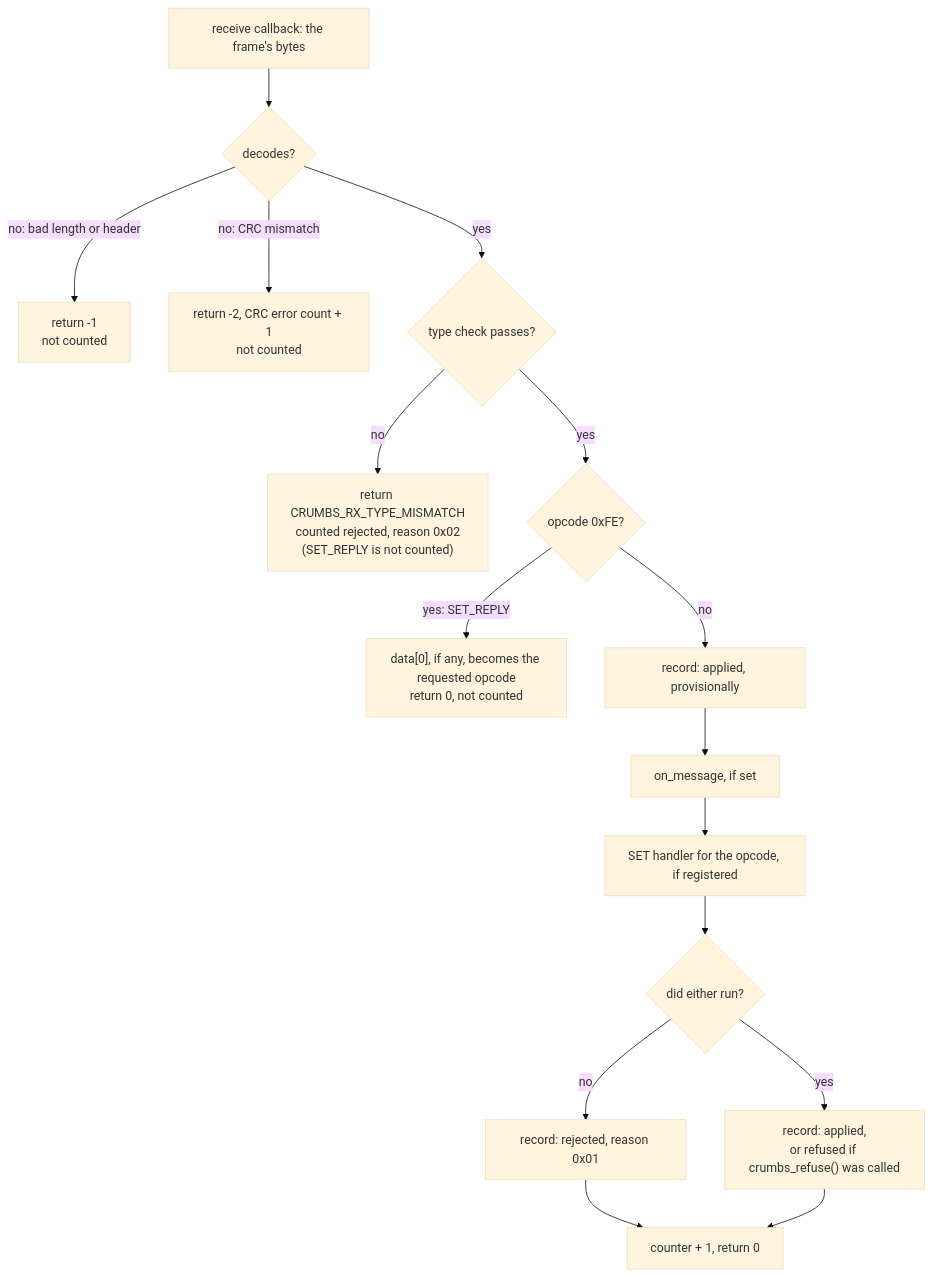
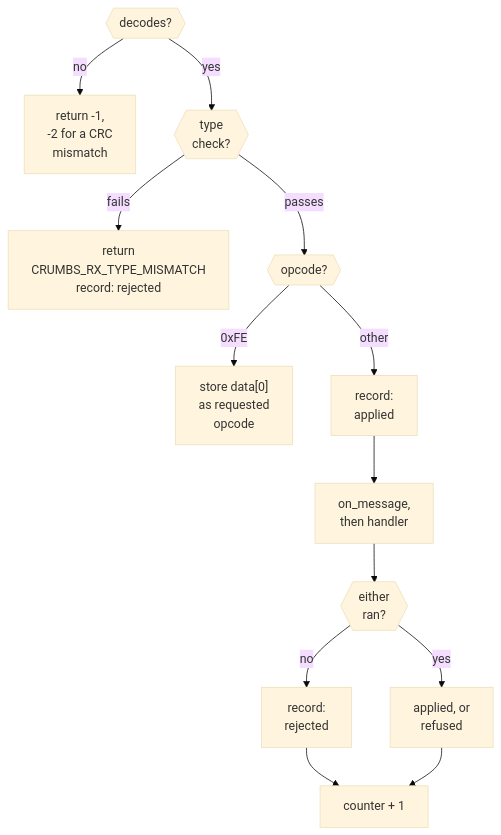
One commit to feastorg/CRUMBS changed the first of 5 diagrams in docs/architecture.md. Above: the diagram before and after it, drawn with Mermaid (base theme). The commit also changed other lines of this file and 1 other file, not shown here.

First line of the commit message:
docs: redraw the mermaid diagrams to fit the page

````diff
--- a/docs/architecture.md
+++ b/docs/architecture.md
@@ -73,18 +73,15 @@
 ```mermaid
 flowchart TD
-    A["receive callback: the frame's bytes"] --> B{"decodes?"}
-    B -- "no: bad length or header" --> X1["return -1<br/>not counted"]
-    B -- "no: CRC mismatch" --> X2["return -2, CRC error count + 1<br/>not counted"]
-    B -- yes --> C{"type check passes?"}
-    C -- no --> X3["return CRUMBS_RX_TYPE_MISMATCH<br/>counted rejected, reason 0x02<br/>(SET_REPLY is not counted)"]
-    C -- yes --> D{"opcode 0xFE?"}
-    D -- "yes: SET_REPLY" --> X4["data[0], if any, becomes the requested opcode<br/>return 0, not counted"]
-    D -- no --> E["record: applied, provisionally"]
-    E --> F["on_message, if set"]
-    F --> G["SET handler for the opcode, if registered"]
-    G --> H{"did either run?"}
-    H -- no --> I["record: rejected, reason 0x01"]
-    H -- yes --> J["record: applied,<br/>or refused if crumbs_refuse() was called"]
-    I --> K["counter + 1, return 0"]
+    B{{"decodes?"}} -- no --> X1["return -1,<br/>-2 for a CRC<br/>mismatch"]
+    B -- yes --> C{{"type<br/>check?"}}
+    C -- fails --> X3["return<br/>CRUMBS_RX_TYPE_MISMATCH<br/>record: rejected"]
+    C -- passes --> D{{"opcode?"}}
+    D -- "0xFE" --> X4["store data[0]<br/>as requested<br/>opcode"]
+    D -- other --> E["record:<br/>applied"]
+    E --> F["on_message,<br/>then handler"]
+    F --> H{{"either<br/>ran?"}}
+    H -- no --> I["record:<br/>rejected"]
+    H -- yes --> J["applied, or<br/>refused"]
+    I --> K["counter + 1"]
     J --> K
 ```
````
